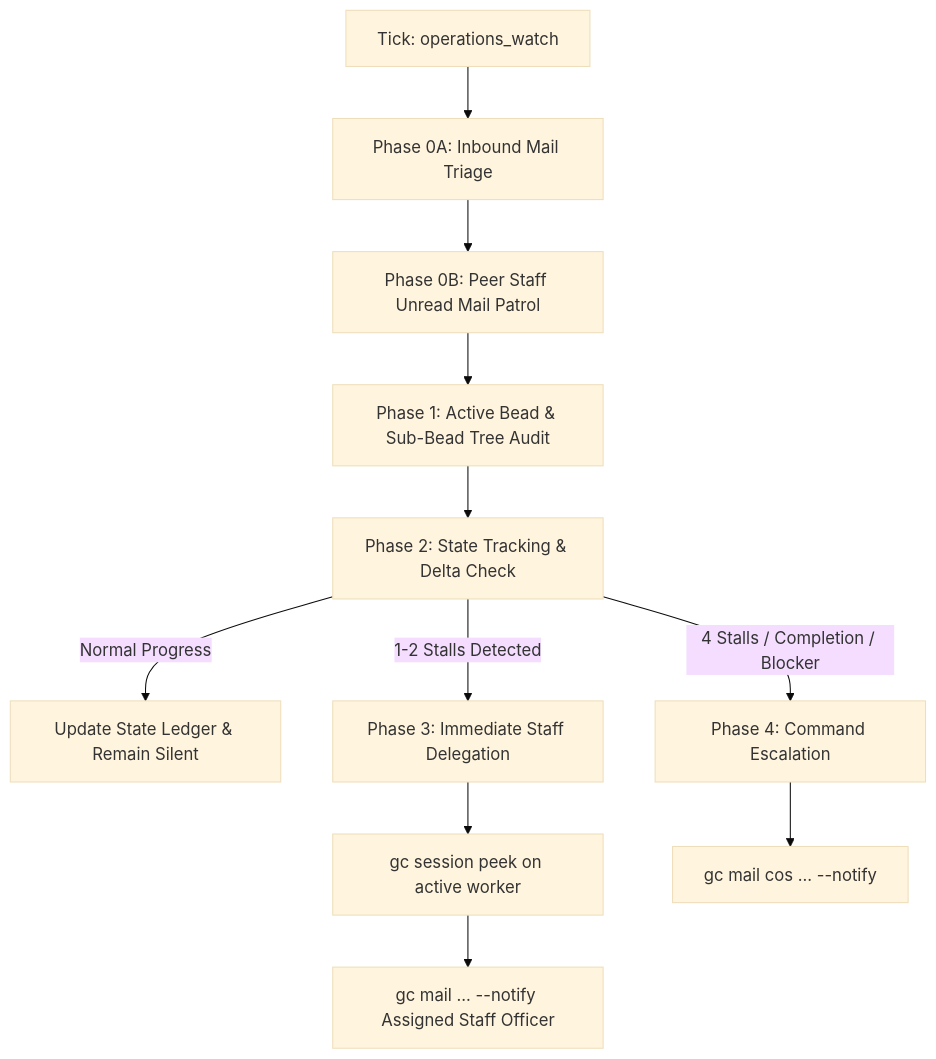
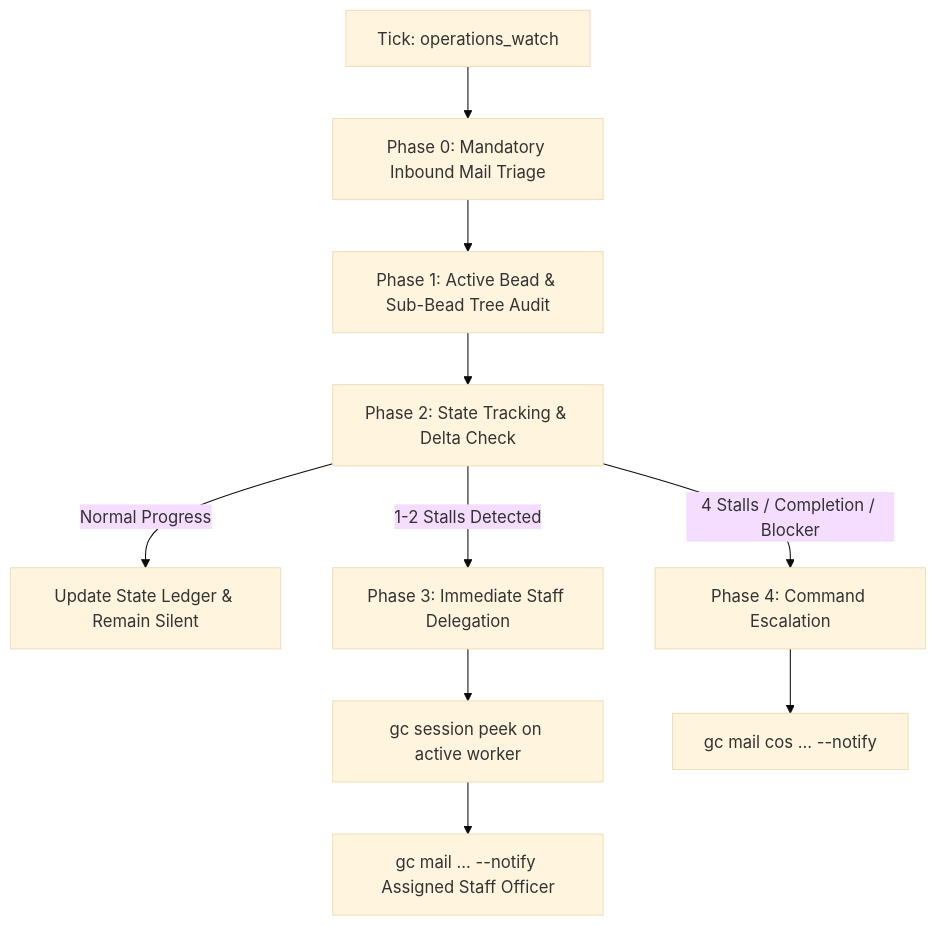
The diagram in directives/SOP_OPERATIONS_WATCH_AND_STAGNATION_DETECTION.md (chalko/a-staff), drawn with Mermaid (base theme) before and after one commit. The commit also changed other lines of this file, not shown here.

Commit message:
docs(directives): excise peer mail patrol from operations watch SOP

````diff
--- a/directives/SOP_OPERATIONS_WATCH_AND_STAGNATION_DETECTION.md
+++ b/directives/SOP_OPERATIONS_WATCH_AND_STAGNATION_DETECTION.md
@@ -43,13 +45,12 @@
 ```mermaid
 flowchart TD
-    A[Tick: operations_watch] --> B[Phase 0A: Inbound Mail Triage]
-    B --> C[Phase 0B: Peer Staff Unread Mail Patrol]
-    C --> D[Phase 1: Active Bead & Sub-Bead Tree Audit]
-    D --> E[Phase 2: State Tracking & Delta Check]
-    E -- Normal Progress --> F[Update State Ledger & Remain Silent]
-    E -- 1-2 Stalls Detected --> G[Phase 3: Immediate Staff Delegation]
-    G --> H[gc session peek on active worker]
-    H --> I[gc mail ... --notify Assigned Staff Officer]
-    E -- 4 Stalls / Completion / Blocker --> J[Phase 4: Command Escalation]
-    J --> K[gc mail cos ... --notify]
+    A[Tick: operations_watch] --> B[Phase 0: Mandatory Inbound Mail Triage]
+    B --> C[Phase 1: Active Bead & Sub-Bead Tree Audit]
+    C --> D[Phase 2: State Tracking & Delta Check]
+    D -- Normal Progress --> E[Update State Ledger & Remain Silent]
+    D -- 1-2 Stalls Detected --> F[Phase 3: Immediate Staff Delegation]
+    F --> G[gc session peek on active worker]
+    G --> H[gc mail ... --notify Assigned Staff Officer]
+    D -- 4 Stalls / Completion / Blocker --> I[Phase 4: Command Escalation]
+    I --> J[gc mail cos ... --notify]
 ```
````
